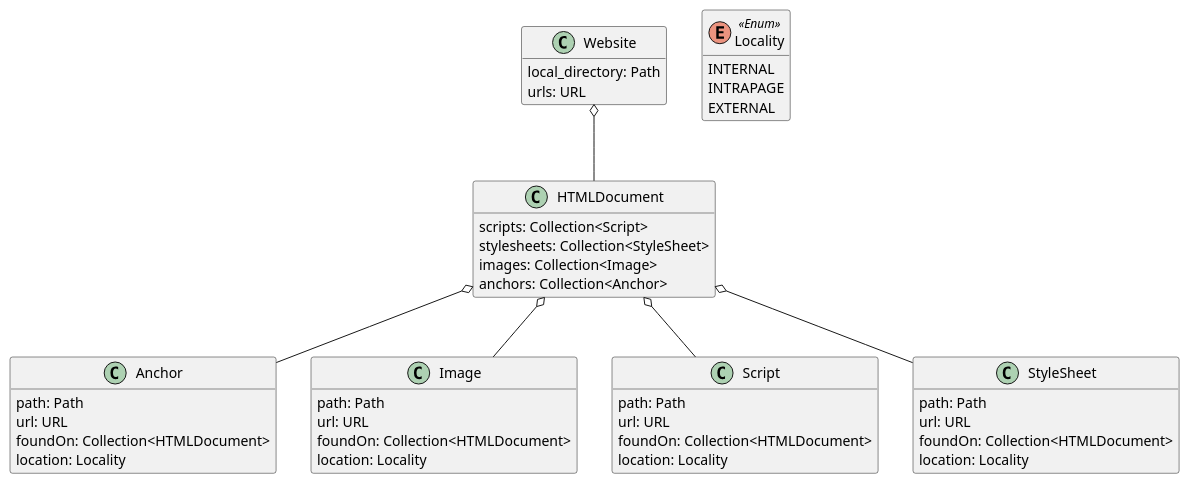
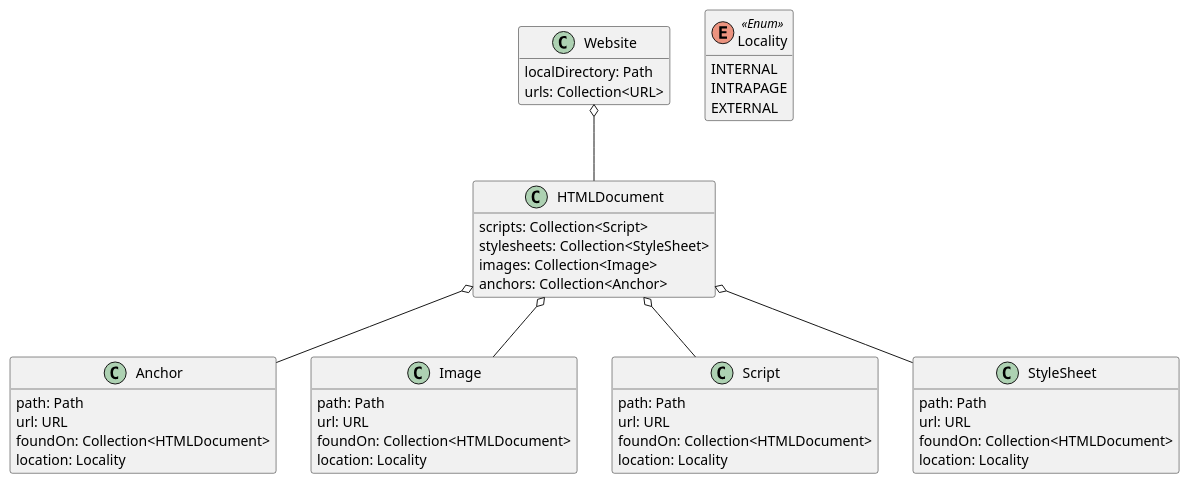
Before and after one commit to cstkennedy/Phase-3-Brainstorming-Web-Analysis: the third of 12 diagrams in README.md, drawn with PlantUML. The commit also changed other lines of this file and 12 other files, not shown here.

````diff
--- a/README.md
+++ b/README.md
@@ -180,58 +180,58 @@
 ```plantuml
 @startuml domain_03.svg
 hide empty members
 
 class Website {
-    local_directory: Path
-    urls: URL
+    localDirectory: Path
+    urls: Collection<URL>
 }
 
 class HTMLDocument {
     scripts: Collection<Script>
     stylesheets: Collection<StyleSheet>
     images: Collection<Image>
     anchors: Collection<Anchor>
 }
 
 class Anchor {
     path: Path
     url: URL
     foundOn: Collection<HTMLDocument>
     location: Locality
 }
 
 class Image {
     path: Path
     url: URL
     foundOn: Collection<HTMLDocument>
     location: Locality
 }
 
 class Script {
     path: Path
     url: URL
     foundOn: Collection<HTMLDocument>
     location: Locality
 }
 
 class StyleSheet {
     path: Path
     url: URL
     foundOn: Collection<HTMLDocument>
     location: Locality
 }
 
 enum Locality <<Enum>> {
     INTERNAL
     INTRAPAGE
     EXTERNAL
 }
 
 Website o-- HTMLDocument
 HTMLDocument o-- Image
 HTMLDocument o-- Script
 HTMLDocument o-- StyleSheet
 HTMLDocument o-- Anchor
 
 @enduml
 ```
````
